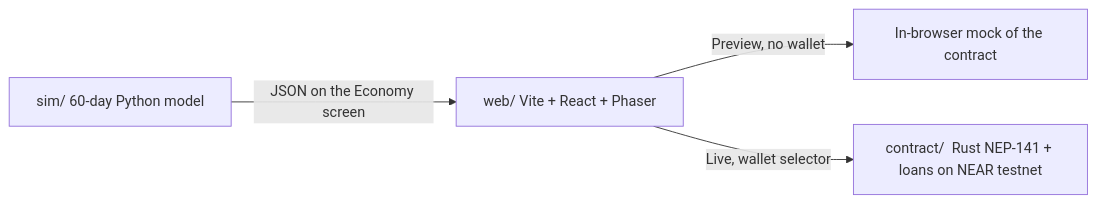
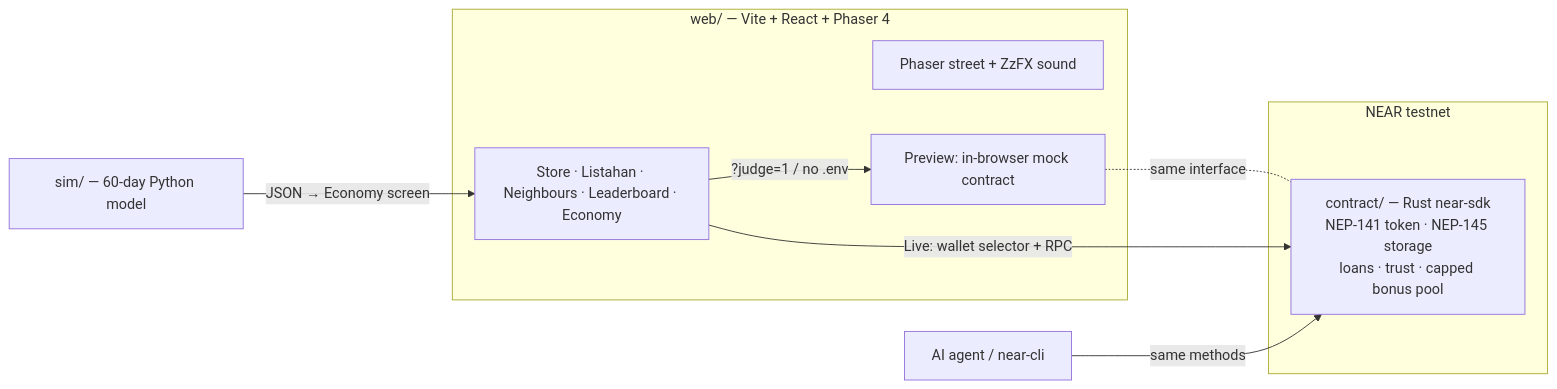
One commit to 0xjitsu/utang changed the diagram in README.md. Above: the diagram before and after it, drawn with Mermaid. The commit also changed other lines of this file and 13 other files, not shown here.

````diff
--- a/README.md
+++ b/README.md
@@ -204,6 +145,16 @@
 ```mermaid
 flowchart LR
-  Web["web/  Vite + React + Phaser"] -->|Preview, no wallet| Mock["In-browser mock of the contract"]
-  Web -->|Live, wallet selector| Contract["contract/  Rust NEP-141 + loans on NEAR testnet"]
-  Sim["sim/  60-day Python model"] -->|JSON on the Economy screen| Web
+  subgraph Browser["web/ — Vite + React + Phaser 4"]
+    UI["Store · Listahan · Neighbours · Leaderboard · Economy"]
+    Street["Phaser street + ZzFX sound"]
+    Mock["Preview: in-browser mock contract"]
+  end
+  UI -->|"?judge=1 / no .env"| Mock
+  UI -->|"Live: wallet selector + RPC"| C
+  Agent["AI agent / near-cli"] -->|"same methods"| C
+  subgraph NEAR["NEAR testnet"]
+    C["contract/ — Rust near-sdk<br/>NEP-141 token · NEP-145 storage<br/>loans · trust · capped bonus pool"]
+  end
+  Sim["sim/ — 60-day Python model"] -->|"JSON → Economy screen"| UI
+  Mock -. "same interface" .- C
 ```
````
